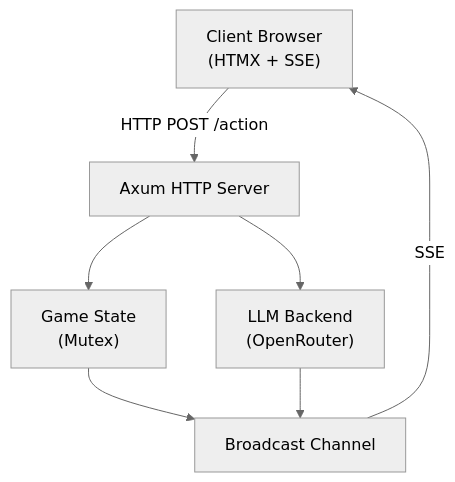
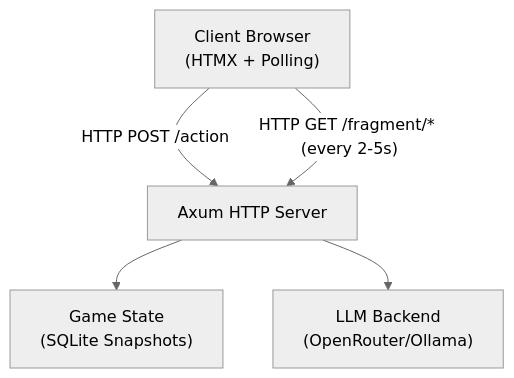
One commit to notsonormal/chronicler-engine changed the diagram in chronicler_engine/docs/adr/adr-001-htmx-web-dashboard.md. Above: the diagram before and after it, drawn with Mermaid (neutral theme). The commit also changed other lines of this file and 48 other files, not shown here.

````diff
--- a/chronicler_engine/docs/adr/adr-001-htmx-web-dashboard.md
+++ b/chronicler_engine/docs/adr/adr-001-htmx-web-dashboard.md
@@ -35,15 +35,12 @@
 ```mermaid
 flowchart TD
-    Client["Client Browser<br/>(HTMX + SSE)"]
+    Client["Client Browser<br/>(HTMX + Polling)"]
     Server["Axum HTTP Server"]
-    GameState["Game State<br/>(Mutex)"]
-    LLM["LLM Backend<br/>(OpenRouter)"]
-    Broadcast["Broadcast Channel"]
+    GameState["Game State<br/>(SQLite Snapshots)"]
+    LLM["LLM Backend<br/>(OpenRouter/Ollama)"]
 
     Client -->|"HTTP POST /action"| Server
+    Client -->|"HTTP GET /fragment/* (every 2-5s)"| Server
     Server --> GameState
     Server --> LLM
-    GameState --> Broadcast
-    LLM --> Broadcast
-    Broadcast -->|"SSE"| Client
 ```
````
